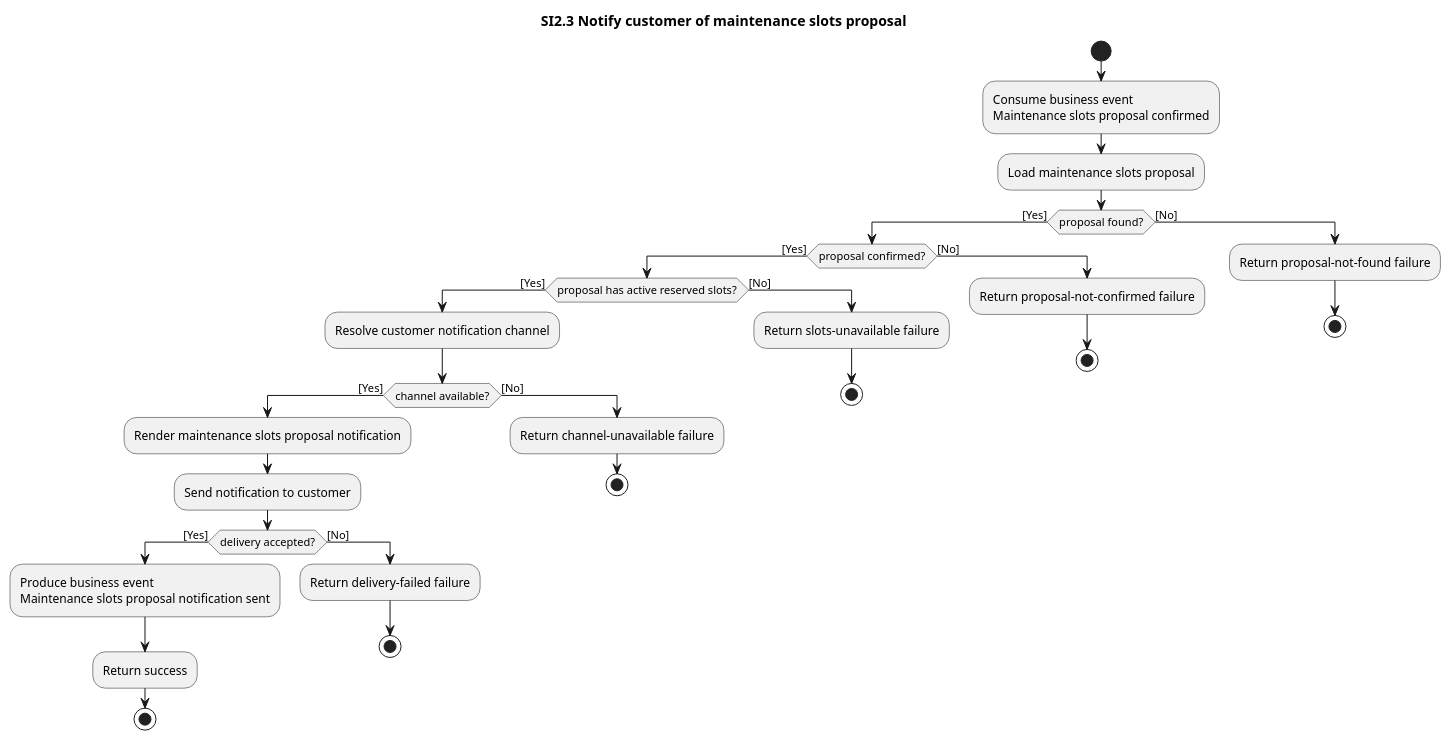
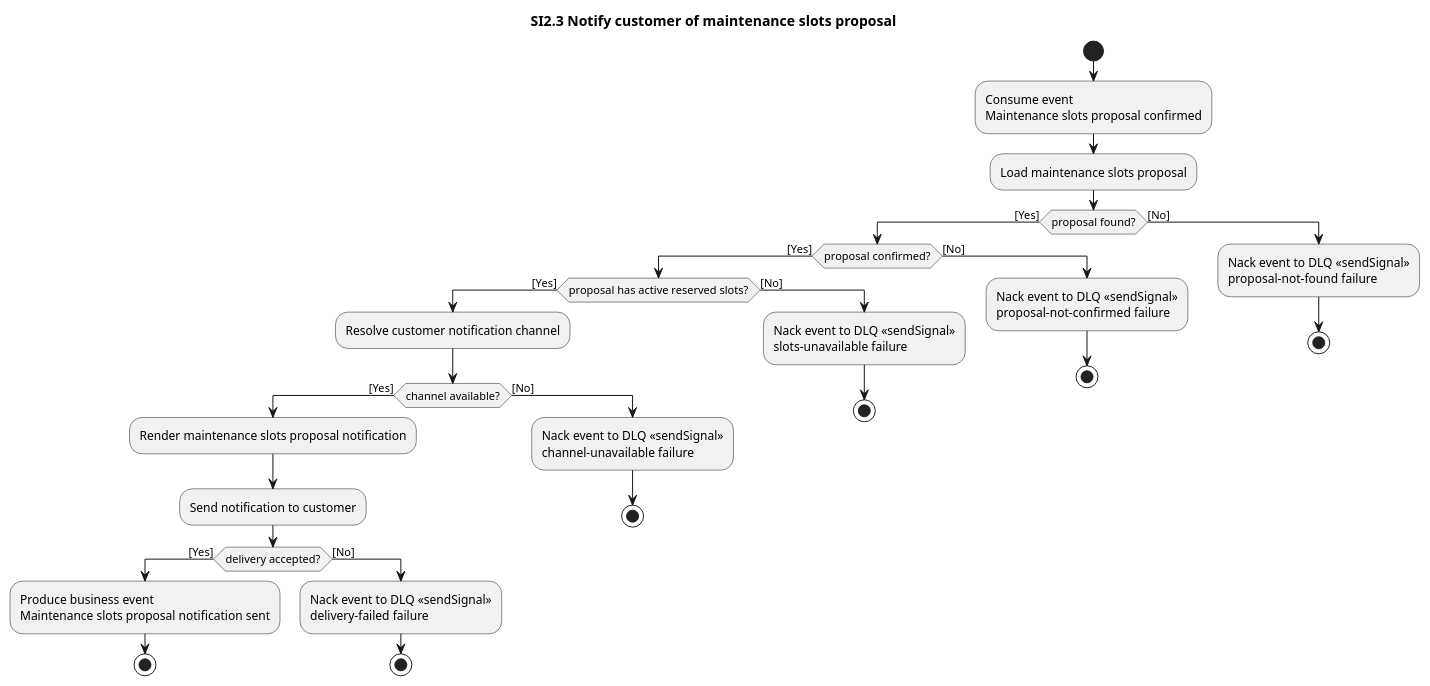
One commit to ottolote/fixme changed the diagram in docs/business/system-interactions/diagrams/si2.3-notify-customer-of-maintenance-slots-proposal.pu. Above: the diagram before and after it, drawn with PlantUML. The commit also changed 20 other files, not shown here.

Commit message:
currectly show consuming/producing events in system interaction diagrams

```diff
--- a/docs/business/system-interactions/diagrams/si2.3-notify-customer-of-maintenance-slots-proposal.pu
+++ b/docs/business/system-interactions/diagrams/si2.3-notify-customer-of-maintenance-slots-proposal.pu
@@ -1,42 +1,46 @@
 @startuml si2.3-notify-customer-of-maintenance-slots-proposal
 title SI2.3 Notify customer of maintenance slots proposal
 
 start
-:Consume business event
-Maintenance slots proposal confirmed;
+:Consume event
+Maintenance slots proposal confirmed; <<acceptEvent>>
 
 :Load maintenance slots proposal;
 if (proposal found?) then ([Yes])
   if (proposal confirmed?) then ([Yes])
     if (proposal has active reserved slots?) then ([Yes])
       :Resolve customer notification channel;
       if (channel available?) then ([Yes])
         :Render maintenance slots proposal notification;
         :Send notification to customer;
         if (delivery accepted?) then ([Yes])
           :Produce business event
-Maintenance slots proposal notification sent;
-          :Return success;
+Maintenance slots proposal notification sent; <<sendSignal>>
           stop
         else ([No])
-          :Return delivery-failed failure;
+          :Nack event to DLQ <<sendSignal>>
+delivery-failed failure;
           stop
         endif
       else ([No])
-        :Return channel-unavailable failure;
+        :Nack event to DLQ <<sendSignal>>
+channel-unavailable failure;
         stop
       endif
     else ([No])
-      :Return slots-unavailable failure;
+      :Nack event to DLQ <<sendSignal>>
+slots-unavailable failure;
       stop
     endif
   else ([No])
-    :Return proposal-not-confirmed failure;
+    :Nack event to DLQ <<sendSignal>>
+proposal-not-confirmed failure;
     stop
   endif
 else ([No])
-  :Return proposal-not-found failure;
+  :Nack event to DLQ <<sendSignal>>
+proposal-not-found failure;
   stop
 endif
 
 @enduml
```
